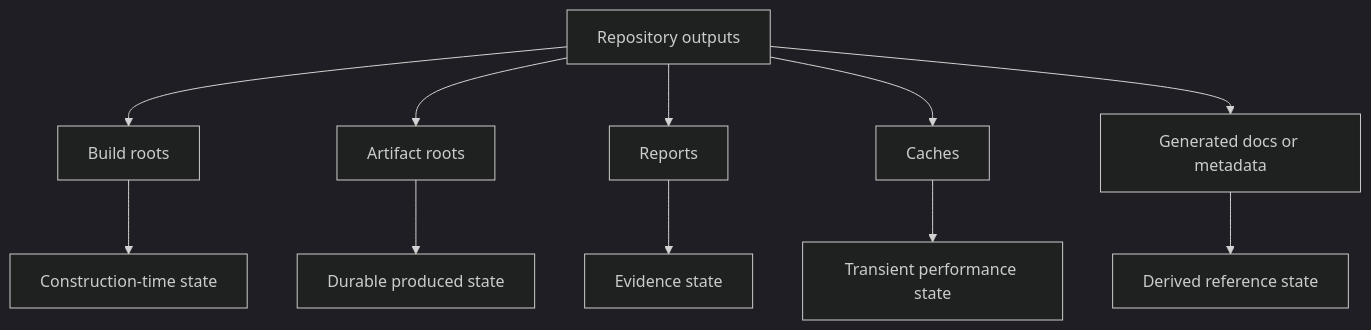
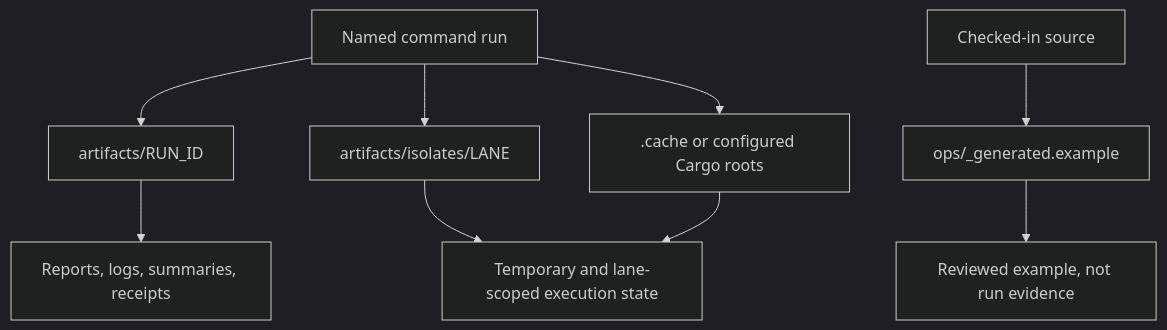
Before and after one commit to bijux/bijux-atlas: the diagram in docs/bijux-atlas-dev/workspace/artifact-roots.md, drawn with Mermaid (dark theme). The commit also changed other lines of this file and 2 other files, not shown here.

Commit message:
docs(maintainers): expose command and artifact trust boundaries

````diff
--- a/docs/bijux-atlas-dev/workspace/artifact-roots.md
+++ b/docs/bijux-atlas-dev/workspace/artifact-roots.md
@@ -17,14 +17,11 @@
 ```mermaid
 flowchart TD
-    Outputs[Repository outputs] --> Build[Build roots]
-    Outputs --> Artifacts[Artifact roots]
-    Outputs --> Reports[Reports]
-    Outputs --> Caches[Caches]
-    Outputs --> Generated[Generated docs or metadata]
-
-    Build --> Construction[Construction-time state]
-    Artifacts --> Durable[Durable produced state]
-    Reports --> Evidence[Evidence state]
-    Caches --> Transient[Transient performance state]
-    Generated --> Derived[Derived reference state]
+    Run[Named command run] --> Evidence[artifacts/RUN_ID]
+    Run --> Isolate[artifacts/isolates/LANE]
+    Run --> Cache[.cache or configured Cargo roots]
+    Source[Checked-in source] --> Example[ops/_generated.example]
+    Evidence --> Retain[Reports, logs, summaries, receipts]
+    Isolate --> Dispose[Temporary and lane-scoped execution state]
+    Cache --> Dispose
+    Example --> Fixture[Reviewed example, not run evidence]
 ```
````
